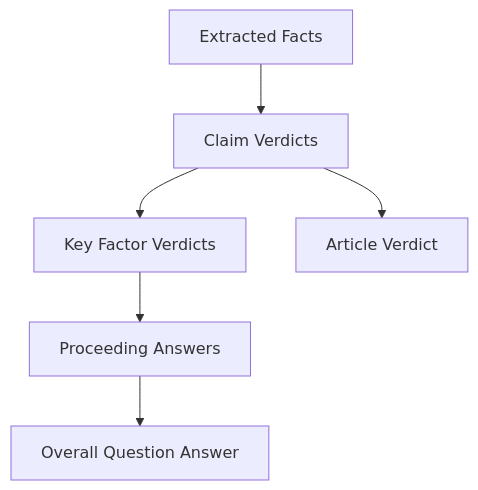
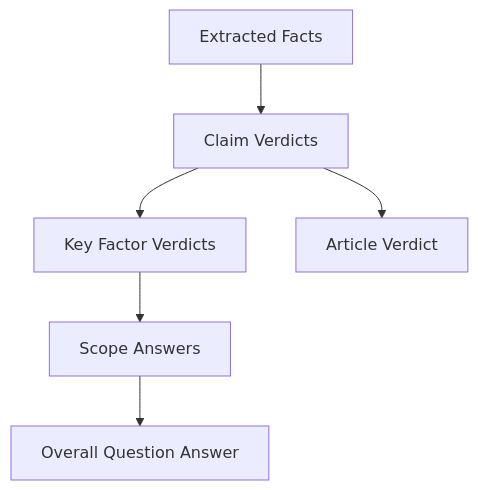
One commit to robertschaub/FactHarbor changed the diagram in Docs/ARCHITECTURE/Calculations.md. Above: the diagram before and after it, drawn with Mermaid. The commit also changed other lines of this file and 2 other files, not shown here.

First line of the commit message:
Rename proceeding → scope in UI and docs

````diff
--- a/Docs/ARCHITECTURE/Calculations.md
+++ b/Docs/ARCHITECTURE/Calculations.md
@@ -199,9 +199,9 @@
 ```mermaid
 graph TD
     Facts[Extracted Facts] --> ClaimVerdicts[Claim Verdicts]
     ClaimVerdicts --> KeyFactors[Key Factor Verdicts]
-    KeyFactors --> ProceedingAnswers[Proceeding Answers]
-    ProceedingAnswers --> OverallAnswer[Overall Question Answer]
+    KeyFactors --> ScopeAnswers[Scope Answers]
+    ScopeAnswers --> OverallAnswer[Overall Question Answer]
     
     ClaimVerdicts --> ArticleVerdict[Article Verdict]
 ```
````
